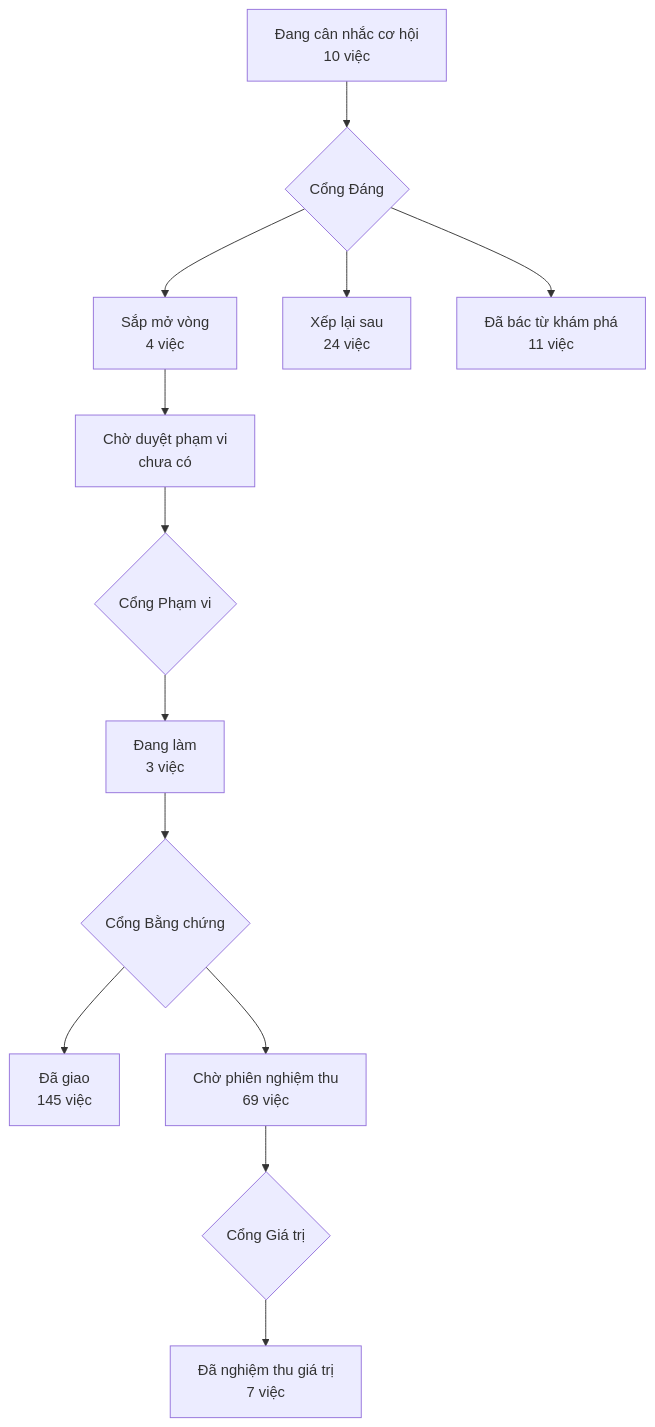
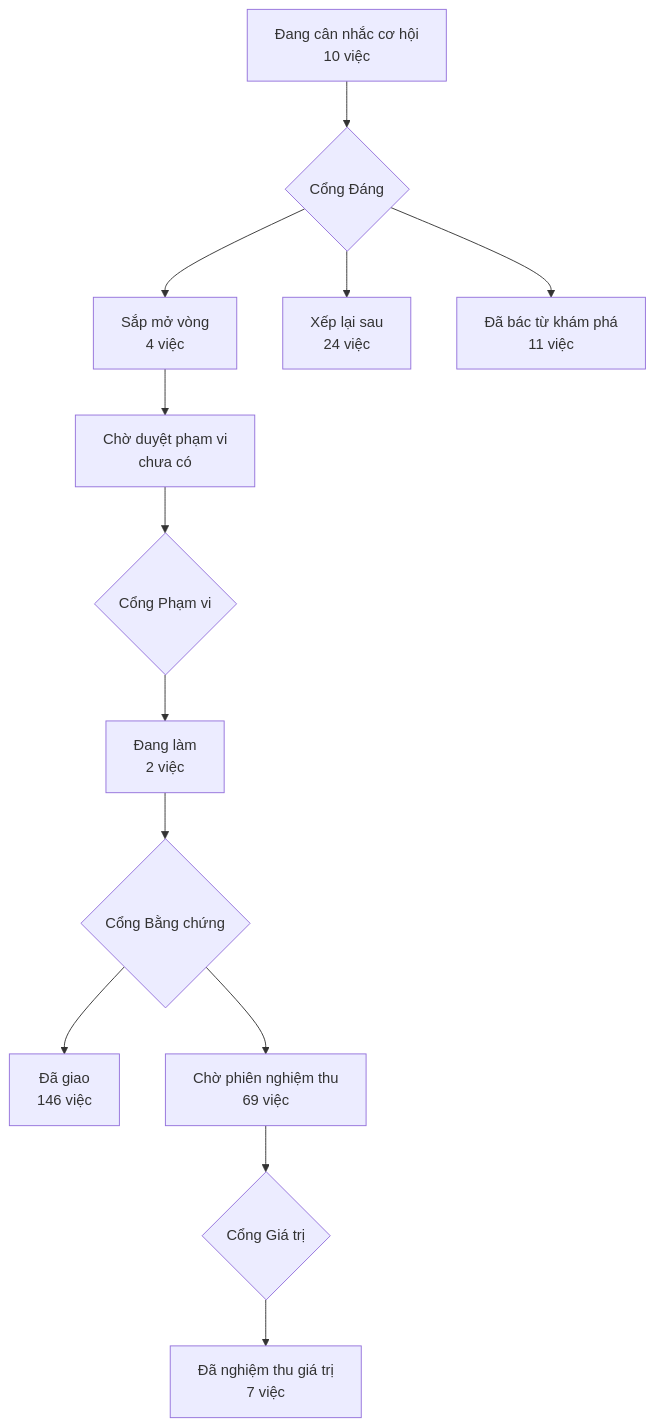
One commit to phanlemanh/acceptance-gate-kit changed the diagram in PRODUCT-MAP.md. Above: the diagram before and after it, drawn with Mermaid. The commit also changed 5 other files, not shown here.

````diff
--- a/PRODUCT-MAP.md
+++ b/PRODUCT-MAP.md
@@ -7,12 +7,12 @@
 ```mermaid
 flowchart TD
   A["Đang cân nhắc cơ hội<br/>10 việc"] --> GD{"Cổng Đáng"}
   GD --> B["Sắp mở vòng<br/>4 việc"]
   GD --> XL["Xếp lại sau<br/>24 việc"]
   GD --> DB["Đã bác từ khám phá<br/>11 việc"]
   B --> CD["Chờ duyệt phạm vi<br/>chưa có"] --> GP{"Cổng Phạm vi"}
-  GP --> DL["Đang làm<br/>3 việc"] --> GB{"Cổng Bằng chứng"}
-  GB --> DG["Đã giao<br/>145 việc"]
+  GP --> DL["Đang làm<br/>2 việc"] --> GB{"Cổng Bằng chứng"}
+  GB --> DG["Đã giao<br/>146 việc"]
   GB --> CN["Chờ phiên nghiệm thu<br/>69 việc"] --> GG{"Cổng Giá trị"}
   GG --> NT["Đã nghiệm thu giá trị<br/>7 việc"]
 ```
````
